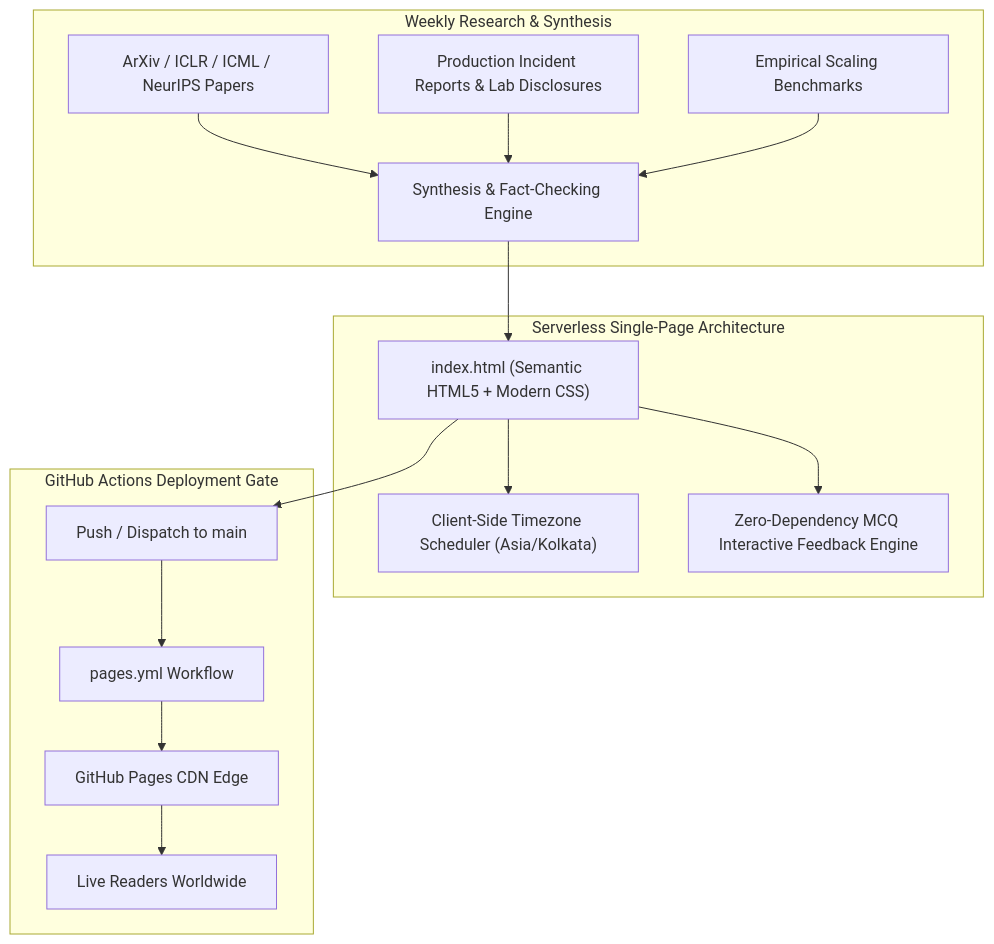
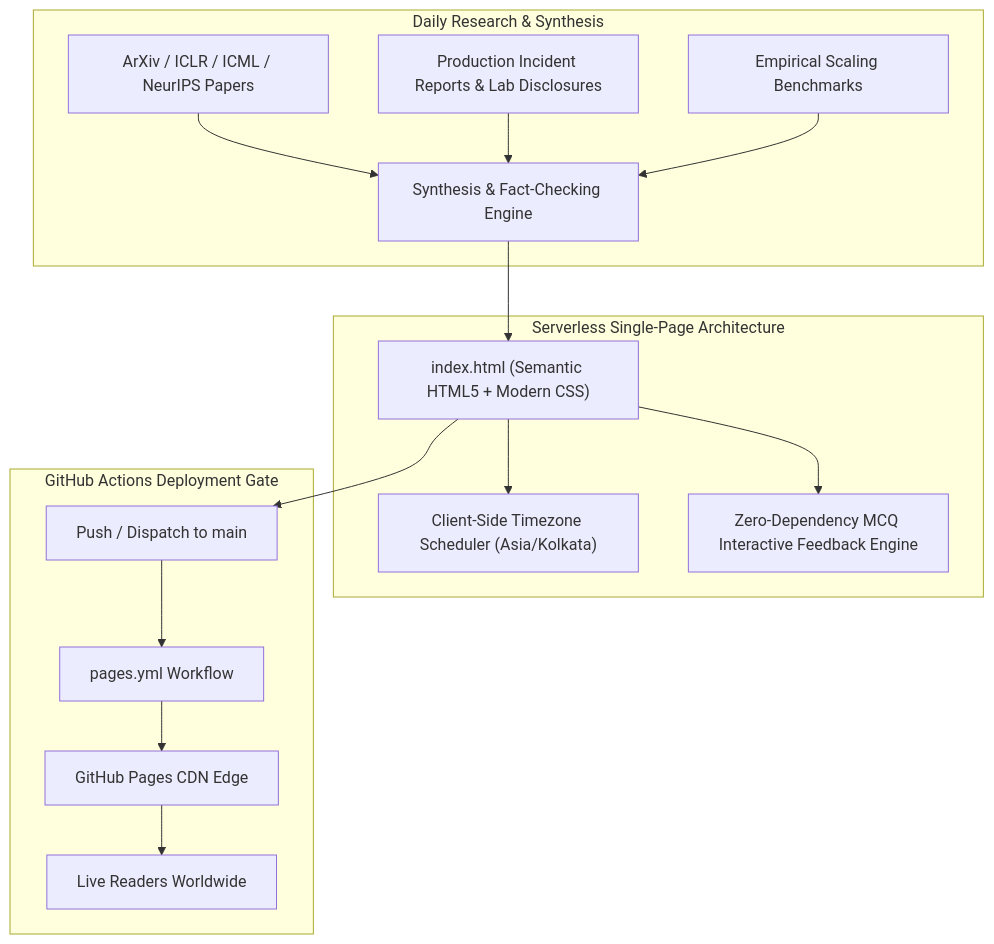
Before and after one commit to tripathiswastik/Weekly-data-scaling-newsletter: the diagram in README.md, drawn with Mermaid. The commit also changed other lines of this file, not shown here.

Commit message:
Document daily newsletter publishing

````diff
--- a/README.md
+++ b/README.md
@@ -38,28 +38,28 @@
 ```mermaid
 flowchart TD
-    subgraph Research["Weekly Research & Synthesis"]
+    subgraph Research["Daily Research & Synthesis"]
         A["ArXiv / ICLR / ICML / NeurIPS Papers"]
         B["Production Incident Reports & Lab Disclosures"]
         C["Empirical Scaling Benchmarks"]
         A --> D["Synthesis & Fact-Checking Engine"]
         B --> D
         C --> D
     end
 
     subgraph StaticDelivery["Serverless Single-Page Architecture"]
         E["index.html (Semantic HTML5 + Modern CSS)"]
         F["Client-Side Timezone Scheduler (Asia/Kolkata)"]
         G["Zero-Dependency MCQ Interactive Feedback Engine"]
         D --> E
         E --> F
         E --> G
     end
 
     subgraph CI["GitHub Actions Deployment Gate"]
         H["Push / Dispatch to main"] --> I["pages.yml Workflow"]
         I --> J["GitHub Pages CDN Edge"]
         J --> K["Live Readers Worldwide"]
     end
 
     E --> H
 ```
````
